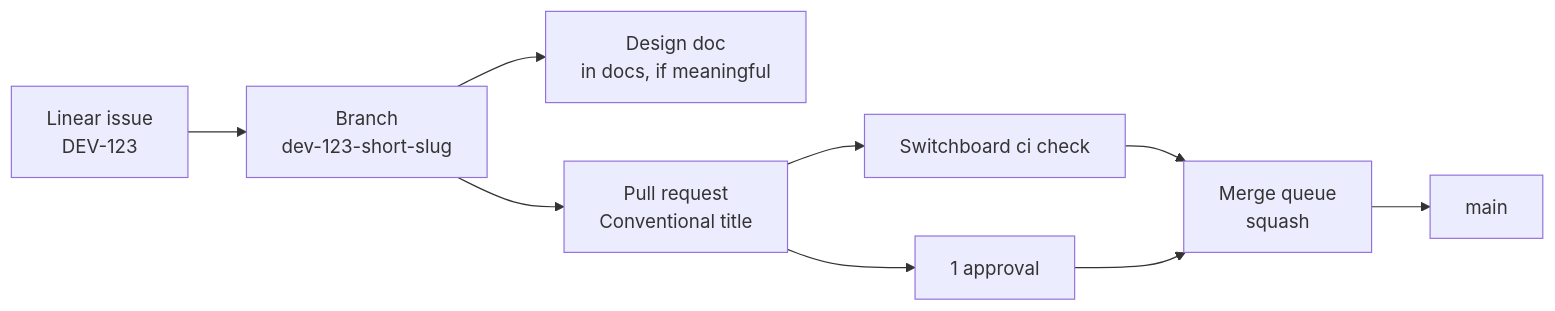
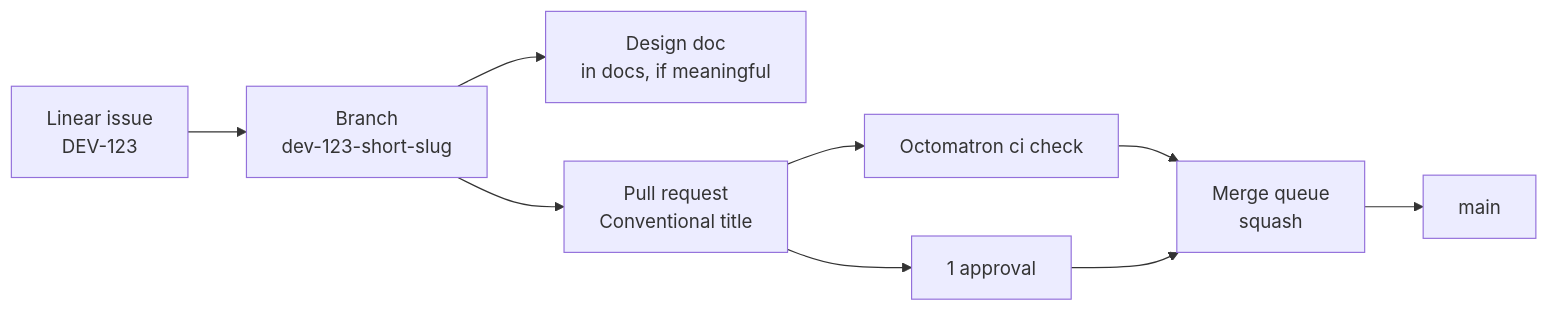
The diagram in CONTRIBUTING.md (arikkfir-org/docs), drawn with Mermaid before and after one commit. The commit also changed other lines of this file and 13 other files, not shown here.

First line of the commit message:
docs(hub): rename Switchboard to Octomatron

````diff
--- a/CONTRIBUTING.md
+++ b/CONTRIBUTING.md
@@ -8,11 +8,11 @@
 ```mermaid
 flowchart LR
   L[Linear issue<br/>DEV-123] --> B[Branch<br/>dev-123-short-slug]
   B --> D[Design doc<br/>in docs, if meaningful]
   B --> P[Pull request<br/>Conventional title]
-  P --> C[Switchboard ci check]
+  P --> C[Octomatron ci check]
   P --> R[1 approval]
   C --> Q[Merge queue<br/>squash]
   R --> Q
   Q --> M[main]
 ```
````
